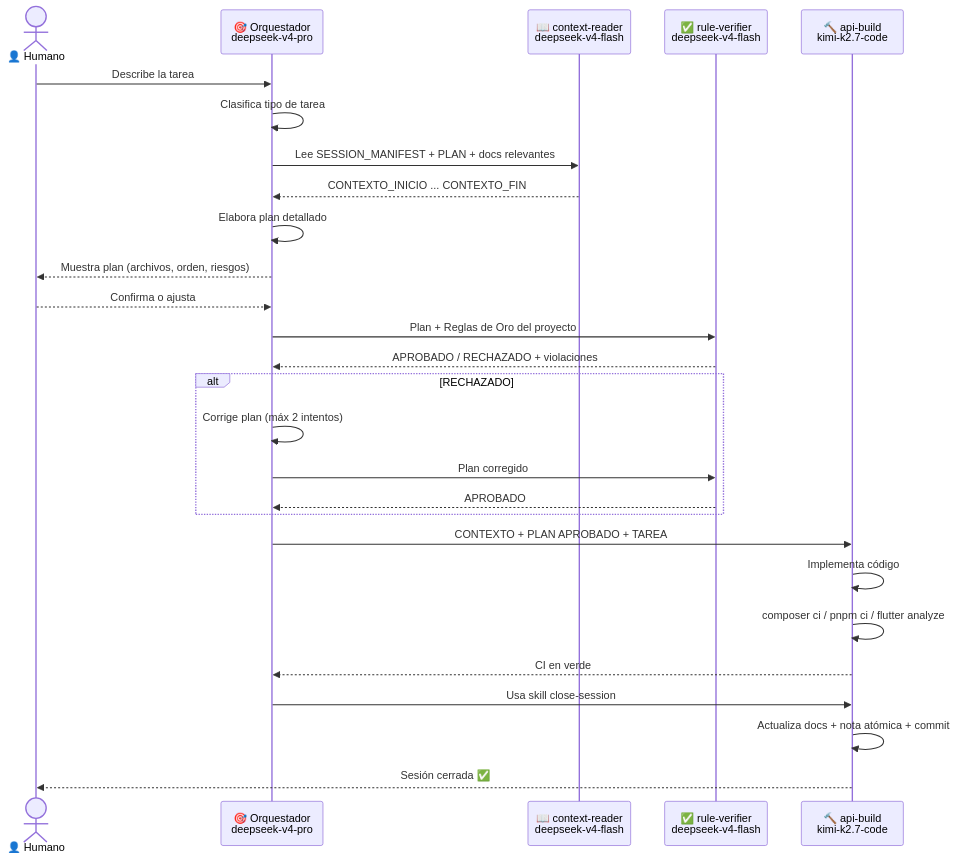
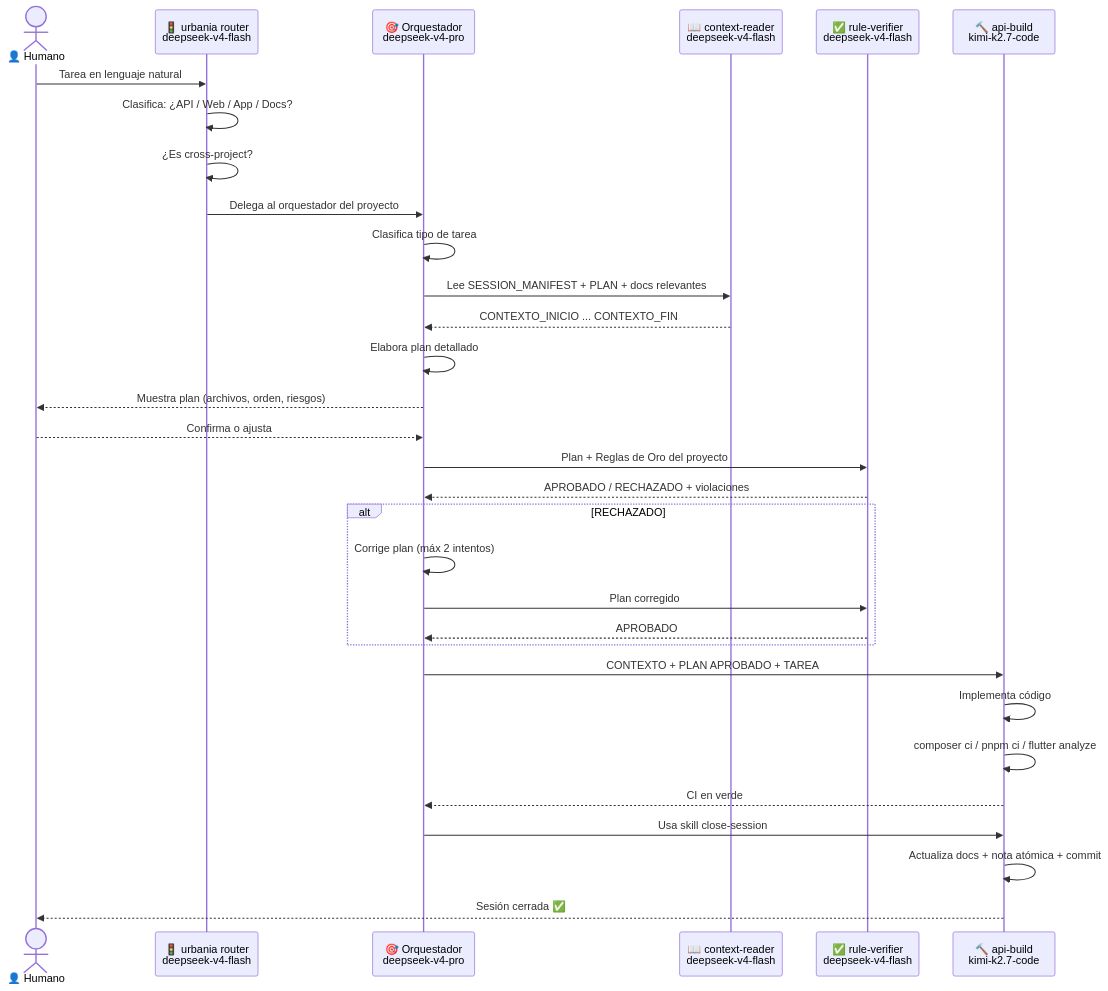
The fourth of 7 diagrams in GUIA_DESARROLLO.md (urbaniadev01/UrbaniaDocs), drawn with Mermaid before and after one commit. The commit also changed other lines of this file and 9 other files, not shown here.

Commit message:
[agents] Router urbania + demote builds a subagentes + GLOBAL_STATUS + fix opencode.json path + actualiza GUIA_DESARROLLO.md

````diff
--- a/GUIA_DESARROLLO.md
+++ b/GUIA_DESARROLLO.md
@@ -335,30 +348,34 @@
 ```mermaid
 sequenceDiagram
     actor H as 👤 Humano
+    participant R as 🚦 urbania router<br/>deepseek-v4-flash
     participant O as 🎯 Orquestador<br/>deepseek-v4-pro
     participant CR as 📖 context-reader<br/>deepseek-v4-flash
     participant RV as ✅ rule-verifier<br/>deepseek-v4-flash
     participant B as 🔨 api-build<br/>kimi-k2.7-code
 
-    H->>O: Describe la tarea
+    H->>R: Tarea en lenguaje natural
+    R->>R: Clasifica: ¿API / Web / App / Docs?
+    R->>R: ¿Es cross-project?
+    R->>O: Delega al orquestador del proyecto
     O->>O: Clasifica tipo de tarea
     O->>CR: Lee SESSION_MANIFEST + PLAN + docs relevantes
     CR-->>O: CONTEXTO_INICIO ... CONTEXTO_FIN
     O->>O: Elabora plan detallado
     O-->>H: Muestra plan (archivos, orden, riesgos)
     H-->>O: Confirma o ajusta
     O->>RV: Plan + Reglas de Oro del proyecto
     RV-->>O: APROBADO / RECHAZADO + violaciones
     alt RECHAZADO
         O->>O: Corrige plan (máx 2 intentos)
         O->>RV: Plan corregido
         RV-->>O: APROBADO
     end
     O->>B: CONTEXTO + PLAN APROBADO + TAREA
     B->>B: Implementa código
     B->>B: composer ci / pnpm ci / flutter analyze
     B-->>O: CI en verde
     O->>B: Usa skill close-session
     B->>B: Actualiza docs + nota atómica + commit
     B-->>H: Sesión cerrada ✅
 ```
````
